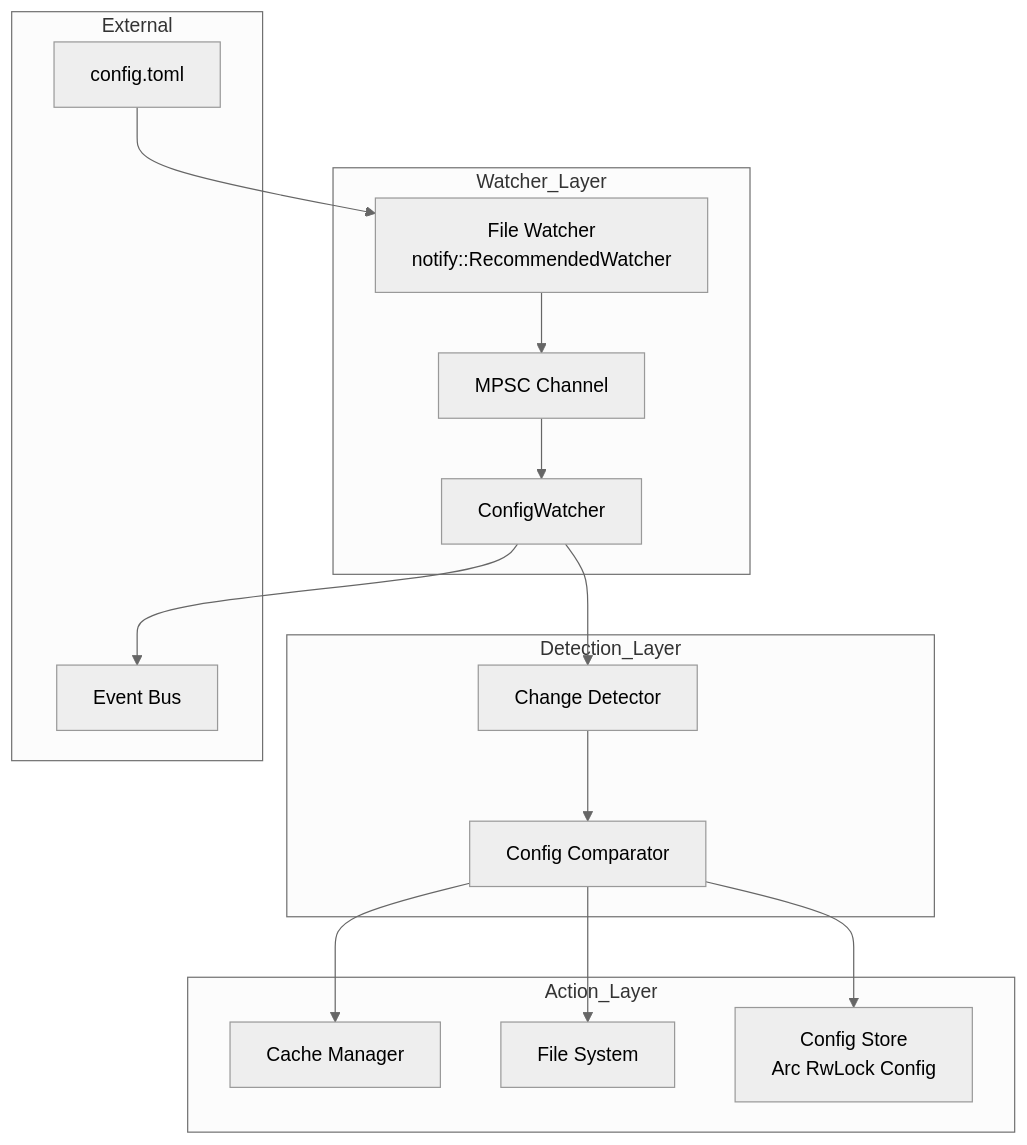
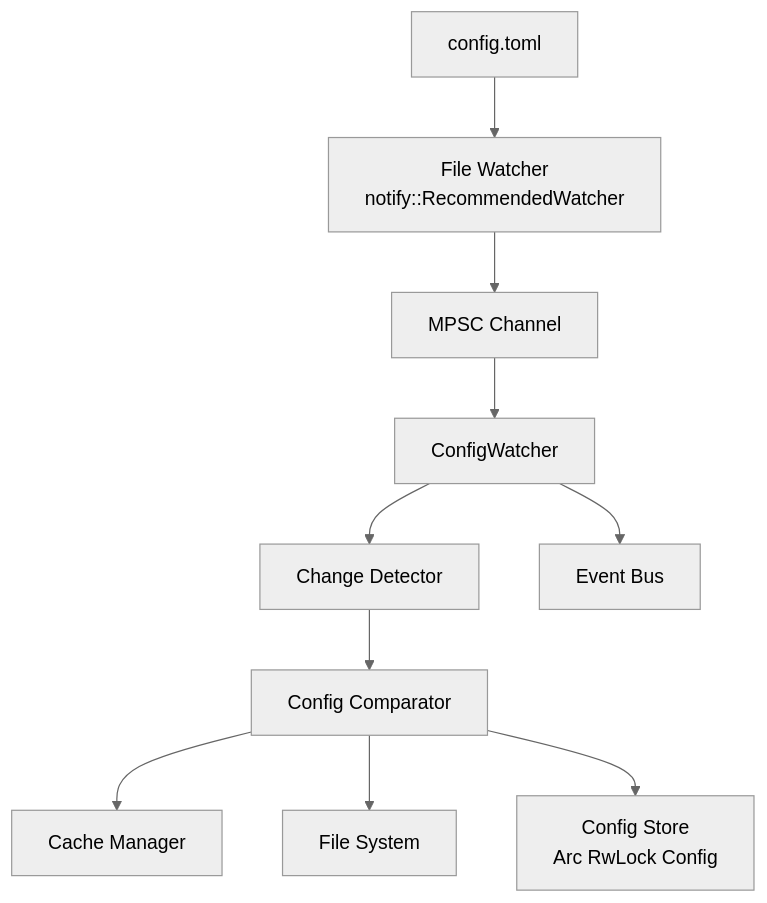
Before and after one commit to Lighty-Launcher/LightyUpdater: the first of 10 diagrams in crates/watcher/docs/architecture.md, drawn with Mermaid (neutral theme). The commit also changed other lines of this file and 33 other files, not shown here.

Commit message:
improve docs with mermaid implémentation for gitbook

````diff
--- a/crates/watcher/docs/architecture.md
+++ b/crates/watcher/docs/architecture.md
@@ -9,34 +9,12 @@
 ```mermaid
-graph TB
-    subgraph Watcher_Layer
-        CW[ConfigWatcher]
-        FW[File Watcher<br/>notify::RecommendedWatcher]
-        Channel[MPSC Channel]
-    end
-
-    subgraph Detection_Layer
-        Detector[Change Detector]
-        Comparator[Config Comparator]
-    end
-
-    subgraph Action_Layer
-        CacheManager[Cache Manager]
-        FileSystem[File System]
-        ConfigStore[Config Store<br/>Arc RwLock Config]
-    end
-
-    subgraph External
-        ConfigFile[config.toml]
-        Events[Event Bus]
-    end
-
-    ConfigFile --> FW
-    FW --> Channel
-    Channel --> CW
-    CW --> Detector
-    Detector --> Comparator
-    Comparator --> CacheManager
-    Comparator --> FileSystem
-    Comparator --> ConfigStore
-    CW --> Events
+flowchart TB
+    ConfigFile[config.toml] --> FW[File Watcher<br/>notify::RecommendedWatcher]
+    FW --> Channel[MPSC Channel]
+    Channel --> CW[ConfigWatcher]
+    CW --> Detector[Change Detector]
+    Detector --> Comparator[Config Comparator]
+    Comparator --> CacheManager[Cache Manager]
+    Comparator --> FileSystem[File System]
+    Comparator --> ConfigStore[Config Store<br/>Arc RwLock Config]
+    CW --> Events[Event Bus]
 ```
````
